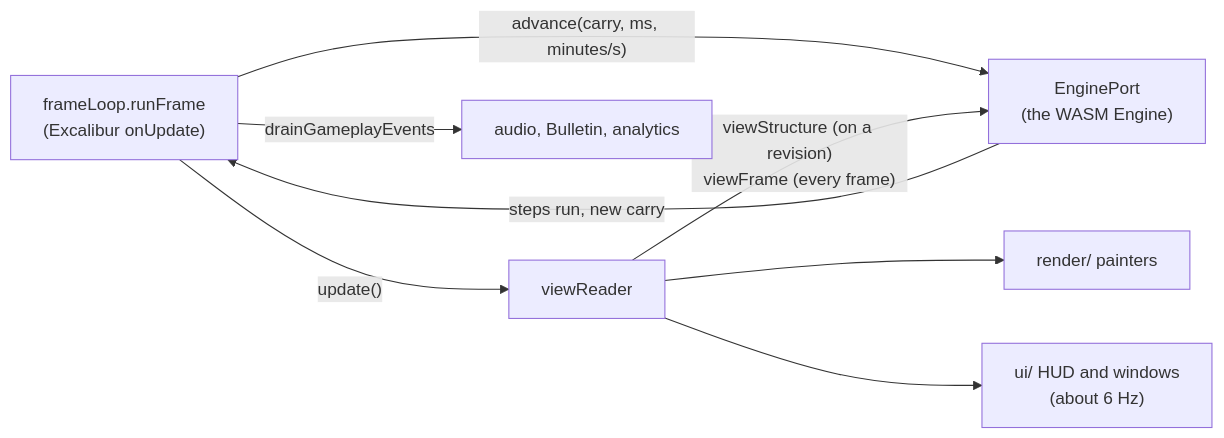
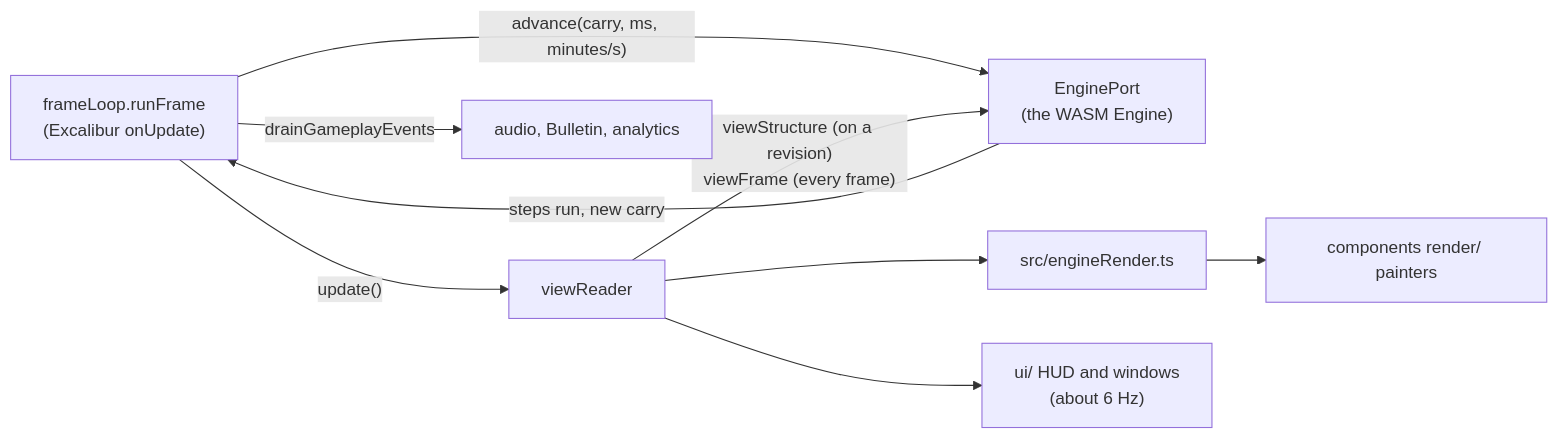
Before and after one commit to maniator/verticopolis: the second of 2 diagrams in docs/architecture/engine-host.md, drawn with Mermaid. The commit also changed other lines of this file and 2 other files, not shown here.

First line of the commit message:
Trim ARCHITECTURE.md to the game and link the other two tours

````diff
--- a/docs/architecture/engine-host.md
+++ b/docs/architecture/engine-host.md
@@ -75,10 +78,11 @@
 ```mermaid
 flowchart LR
     Loop["frameLoop.runFrame<br/>(Excalibur onUpdate)"] -->|"advance(carry, ms, minutes/s)"| Port["EnginePort<br/>(the WASM Engine)"]
     Port -->|steps run, new carry| Loop
     Loop -->|"update()"| Reader["viewReader"]
     Reader -->|"viewStructure (on a revision)<br/>viewFrame (every frame)"| Port
-    Reader --> Render["render/ painters"]
+    Reader --> Join["src/engineRender.ts"]
+    Join --> Render["components render/ painters"]
     Reader --> HUD["ui/ HUD and windows<br/>(about 6 Hz)"]
     Loop -->|drainGameplayEvents| Events["audio, Bulletin, analytics"]
 ```
````
